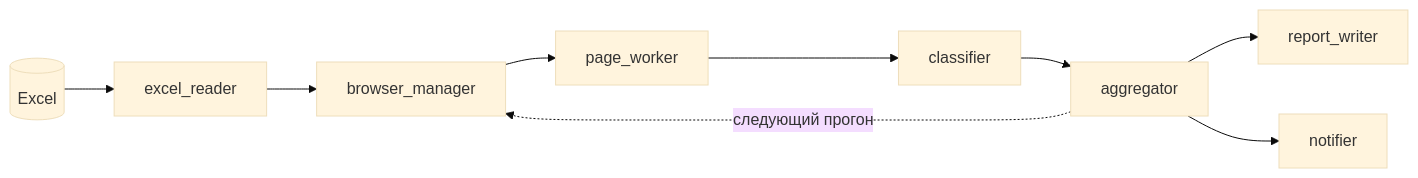
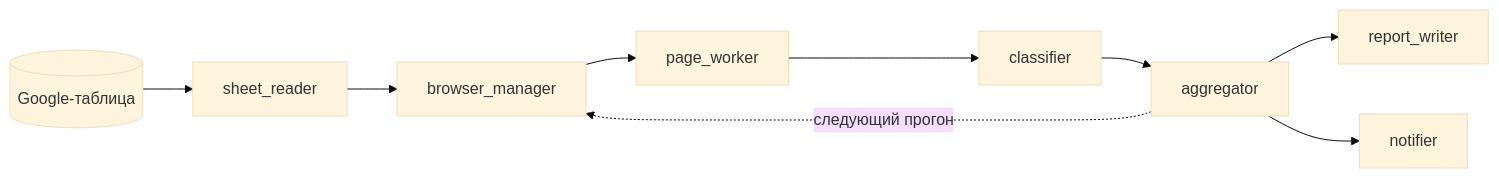
Before and after one commit to not-hehe/digital_tools: the fifth of 5 diagrams in analytics/google_page_checker/README.md, drawn with Mermaid (base theme). The commit also changed other lines of this file and 20 other files, not shown here.

First line of the commit message:
google_page_checker: список только из Google-таблицы, убран мёртвый код и Excel

````diff
--- a/analytics/google_page_checker/README.md
+++ b/analytics/google_page_checker/README.md
@@ -263,11 +255,11 @@
 ```mermaid
 flowchart LR
-    X[(Excel)] --> R[excel_reader]
+    X[(Google-таблица)] --> R[sheet_reader]
     R --> B[browser_manager]
     B --> P[page_worker]
     P --> C[classifier]
     C --> A[aggregator]
     A --> W[report_writer]
     A --> N[notifier]
     A -. следующий прогон .-> B
 ```
````
